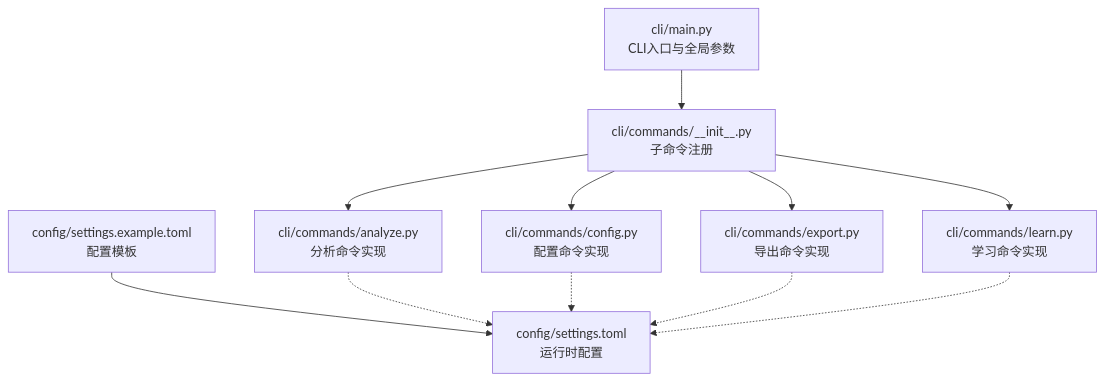
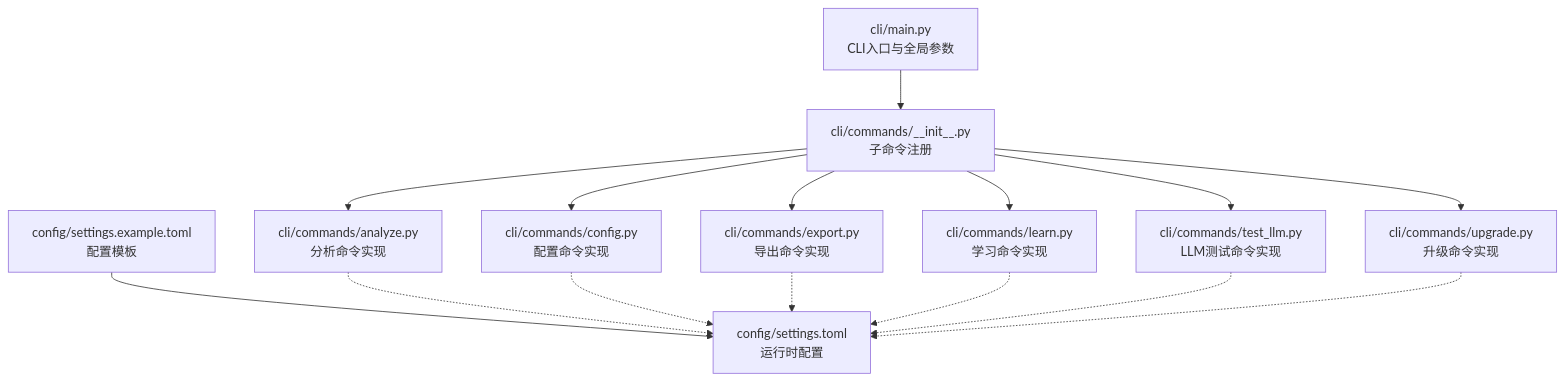
One commit to PengFan001/Jirin changed the first of 3 diagrams in .qoder/repowiki/zh/content/命令行接口参考/命令行接口参考.md. Above: the diagram before and after it, drawn with Mermaid. The commit also changed other lines of this file and 20 other files, not shown here.

````diff
--- a/.qoder/repowiki/zh/content/命令行接口参考/命令行接口参考.md
+++ b/.qoder/repowiki/zh/content/命令行接口参考/命令行接口参考.md
@@ -43,13 +45,17 @@
 ```mermaid
 graph TB
 A["cli/main.py<br/>CLI入口与全局参数"] --> B["cli/commands/__init__.py<br/>子命令注册"]
 B --> C["cli/commands/analyze.py<br/>分析命令实现"]
 B --> D["cli/commands/config.py<br/>配置命令实现"]
 B --> E["cli/commands/export.py<br/>导出命令实现"]
 B --> F["cli/commands/learn.py<br/>学习命令实现"]
-G["config/settings.example.toml<br/>配置模板"] --> H["config/settings.toml<br/>运行时配置"]
-C -.-> H
-D -.-> H
-E -.-> H
-F -.-> H
+B --> G["cli/commands/test_llm.py<br/>LLM测试命令实现"]
+B --> H["cli/commands/upgrade.py<br/>升级命令实现"]
+I["config/settings.example.toml<br/>配置模板"] --> J["config/settings.toml<br/>运行时配置"]
+C -.-> J
+D -.-> J
+E -.-> J
+F -.-> J
+G -.-> J
+H -.-> J
 ```
````
